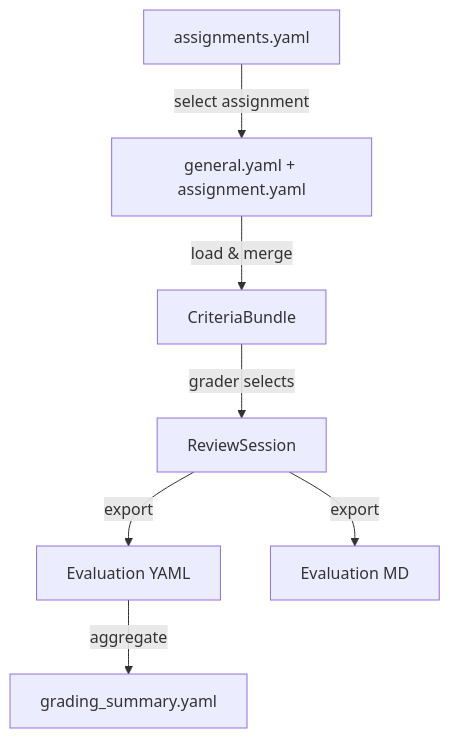
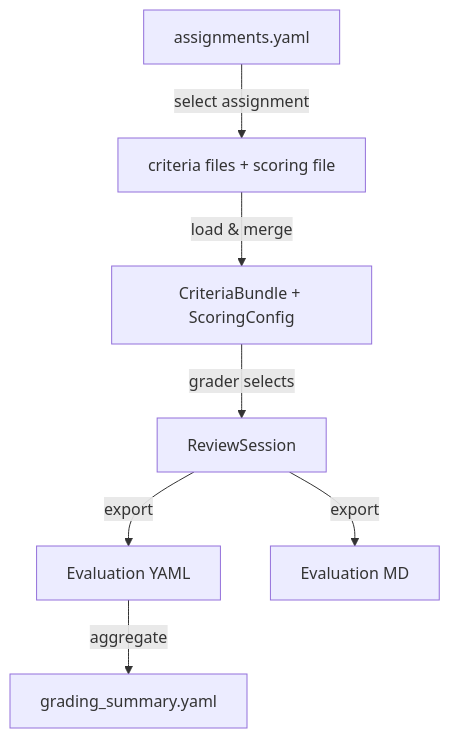
The diagram in .github/references/schemas/README.md (EmKaCe/scipro_review), drawn with Mermaid before and after one commit. The commit also changed other lines of this file and 4 other files, not shown here.

````diff
--- a/.github/references/schemas/README.md
+++ b/.github/references/schemas/README.md
@@ -25,9 +25,9 @@
 ```mermaid
 graph TD
-    A[assignments.yaml] -->|select assignment| B[general.yaml + assignment.yaml]
-    B -->|load & merge| C[CriteriaBundle]
+    A[assignments.yaml] -->|select assignment| B[criteria files + scoring file]
+    B -->|load & merge| C[CriteriaBundle + ScoringConfig]
     C -->|grader selects| D[ReviewSession]
     D -->|export| E[Evaluation YAML]
     D -->|export| F[Evaluation MD]
     E -->|aggregate| G[grading_summary.yaml]
 ```
````
